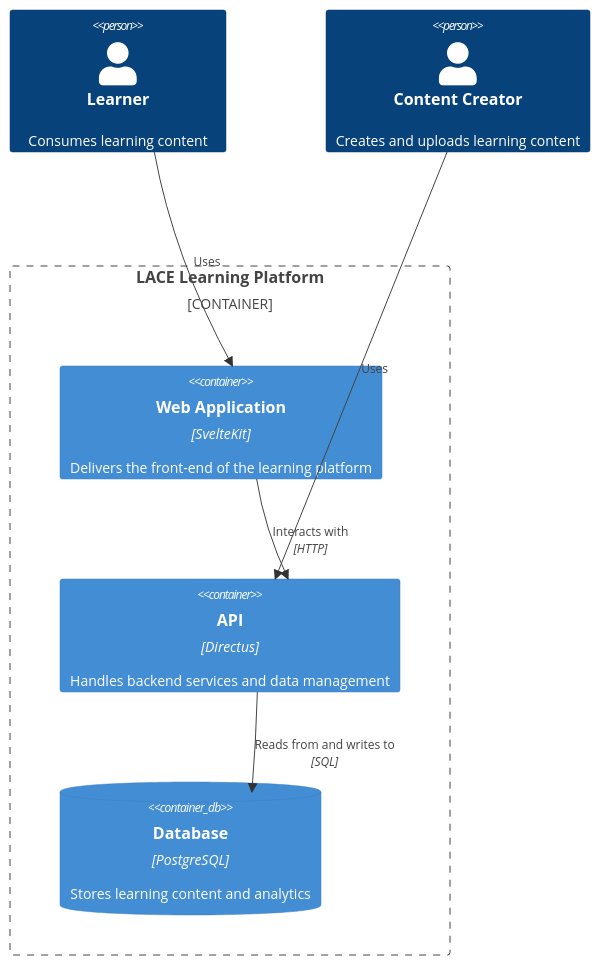
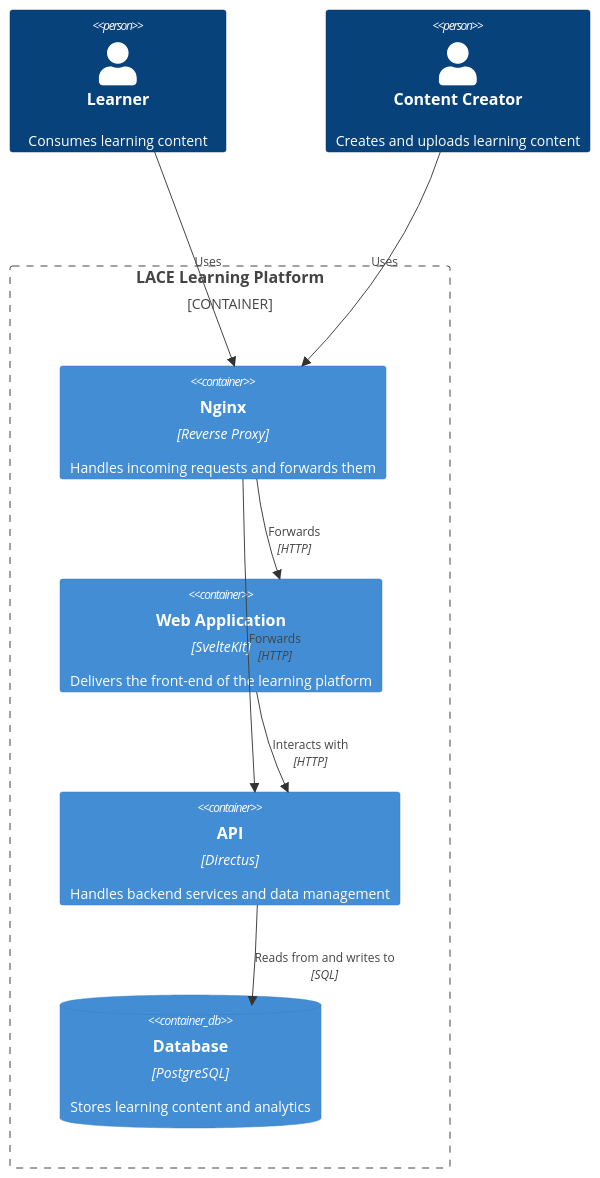
The second of 3 diagrams in README.md (tnkuehne/LACE), drawn with Mermaid before and after one commit. The commit also changed other lines of this file and 4 other files, not shown here.

````diff
--- a/README.md
+++ b/README.md
@@ -101,19 +101,22 @@
 ```mermaid
 C4Container
 
     Person(learner, "Learner", "Consumes learning content")
     Person(contentCreator, "Content Creator", "Creates and uploads learning content")
 
     Container_Boundary(lace, "LACE Learning Platform") {
+        Container(nginx, "Nginx", "Reverse Proxy", "Handles incoming requests and forwards them")
         Container(webApp, "Web Application", "SvelteKit", "Delivers the front-end of the learning platform")
         Container(api, "API", "Directus", "Handles backend services and data management")
         ContainerDb(database, "Database", "PostgreSQL", "Stores learning content and analytics")
     }
 
-    Rel(contentCreator, api, "Uses")
-    Rel(learner, webApp, "Uses")
+    Rel(learner, nginx, "Uses")
+    Rel(contentCreator, nginx, "Uses")
+    Rel(nginx, webApp, "Forwards", "HTTP")
+    Rel(nginx, api, "Forwards", "HTTP")
     Rel(webApp, api, "Interacts with", "HTTP")
     Rel(api, database, "Reads from and writes to", "SQL")
 
     UpdateLayoutConfig($c4ShapeInRow="2", $c4BoundaryInRow="2")
 ```
````
